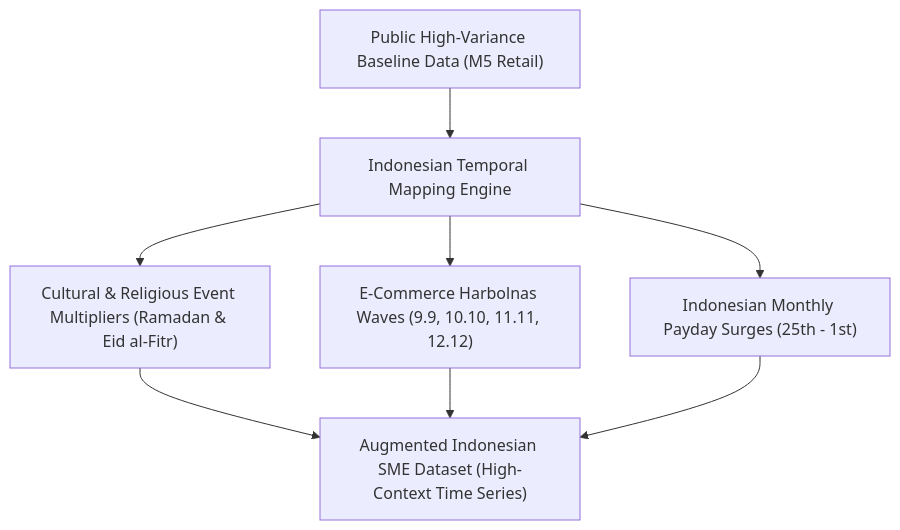
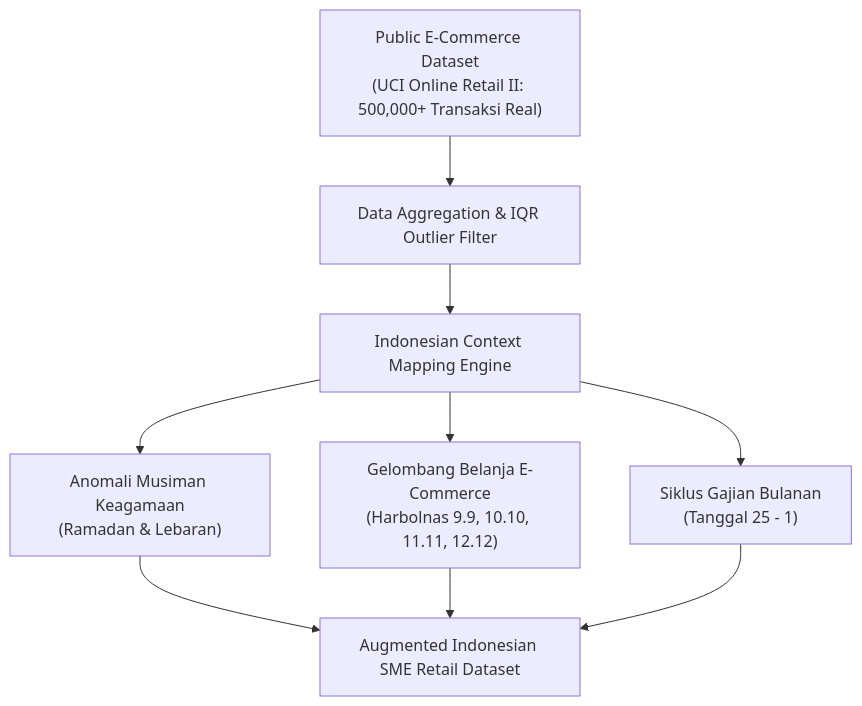
The diagram in docs/Proposal.md (HusniAbdillah/Sakapinta), drawn with Mermaid before and after one commit. The commit also changed other lines of this file and 1 other file, not shown here.

````diff
--- a/docs/Proposal.md
+++ b/docs/Proposal.md
@@ -13,8 +56,9 @@
 ```mermaid
 graph TD
-    A["Public High-Variance Baseline Data (M5 Retail)"] --> B["Indonesian Temporal Mapping Engine"]
-    B --> C["Cultural & Religious Event Multipliers (Ramadan & Eid al-Fitr)"]
-    B --> D["E-Commerce Harbolnas Waves (9.9, 10.10, 11.11, 12.12)"]
-    B --> E["Indonesian Monthly Payday Surges (25th - 1st)"]
-    C & D & E --> F["Augmented Indonesian SME Dataset (High-Context Time Series)"]
+    A["Public E-Commerce Dataset\n(UCI Online Retail II: 500,000+ Transaksi Real)"] --> B["Data Aggregation & IQR Outlier Filter"]
+    B --> C["Indonesian Context Mapping Engine"]
+    C --> D["Anomali Musiman Keagamaan\n(Ramadan & Lebaran)"]
+    C --> E["Gelombang Belanja E-Commerce\n(Harbolnas 9.9, 10.10, 11.11, 12.12)"]
+    C --> F["Siklus Gajian Bulanan\n(Tanggal 25 - 1)"]
+    D & E & F --> G["Augmented Indonesian SME Retail Dataset"]
 ```
````
